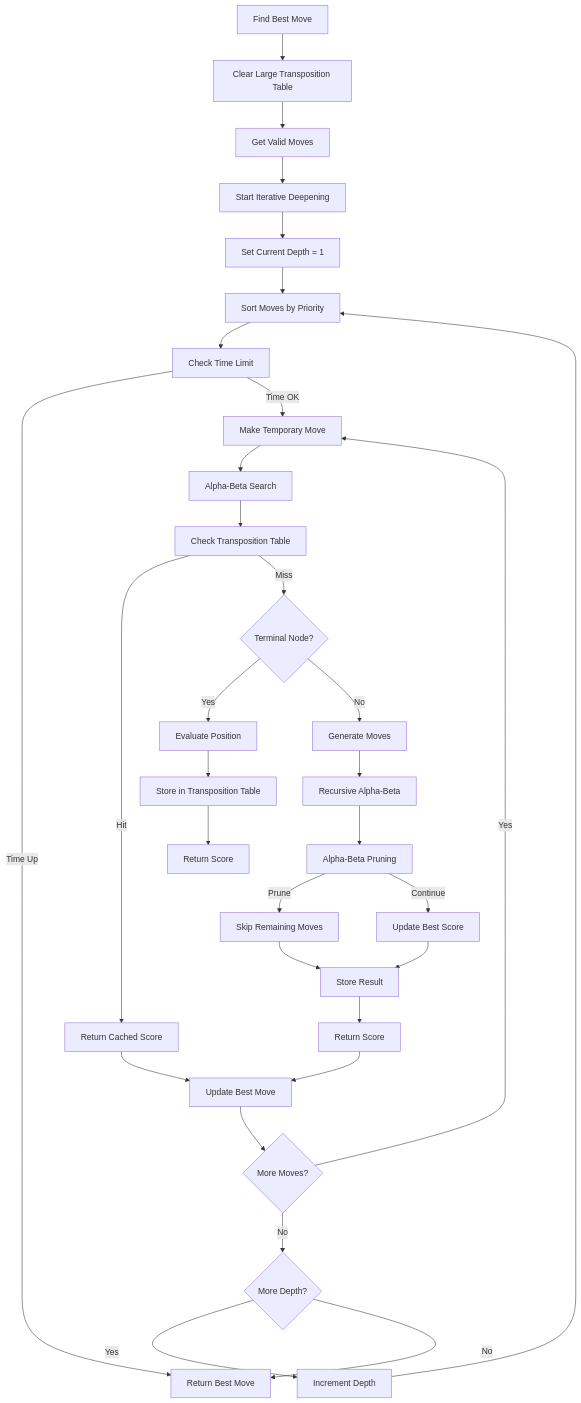
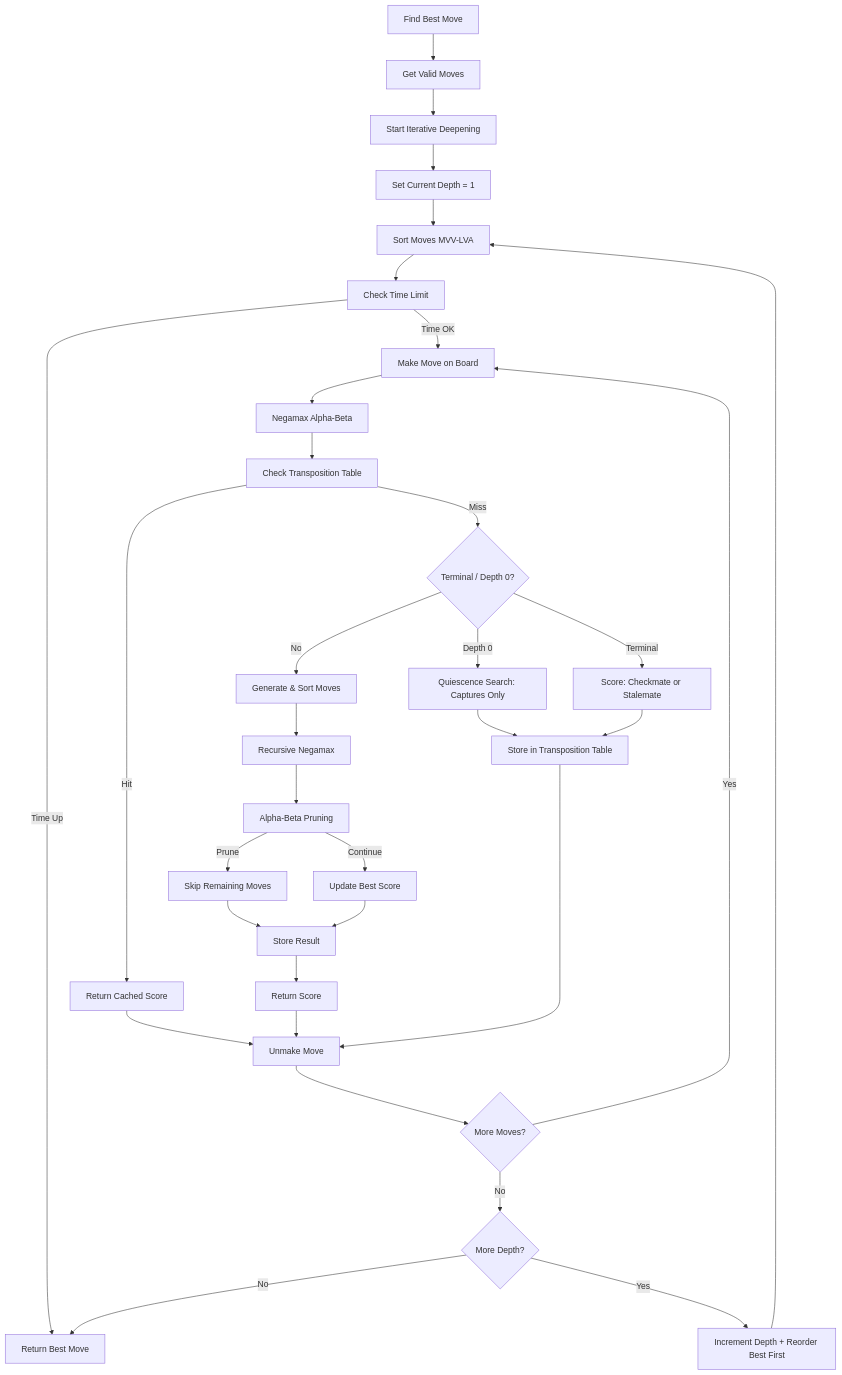
Before and after one commit to MorfidisJ/Chess-Java: the second of 3 diagrams in README.md, drawn with Mermaid. The commit also changed other lines of this file and 7 other files, not shown here.

````diff
--- a/README.md
+++ b/README.md
@@ -86,34 +97,35 @@
 ```mermaid
 flowchart TD
-    A[Find Best Move] --> B[Clear Large Transposition Table]
-    B --> C[Get Valid Moves]
+    A[Find Best Move] --> C[Get Valid Moves]
     C --> D[Start Iterative Deepening]
     D --> E[Set Current Depth = 1]
-    E --> F[Sort Moves by Priority]
+    E --> F[Sort Moves MVV-LVA]
     F --> G[Check Time Limit]
     G -->|Time Up| H[Return Best Move]
-    G -->|Time OK| I[Make Temporary Move]
-    I --> J[Alpha-Beta Search]
+    G -->|Time OK| I[Make Move on Board]
+    I --> J[Negamax Alpha-Beta]
     J --> K[Check Transposition Table]
     K -->|Hit| L[Return Cached Score]
-    K -->|Miss| M{Terminal Node?}
-    M -->|Yes| N[Evaluate Position]
-    M -->|No| O[Generate Moves]
-    N --> P[Store in Transposition Table]
-    P --> Q[Return Score]
-    O --> R[Recursive Alpha-Beta]
+    K -->|Miss| M{Terminal / Depth 0?}
+    M -->|Depth 0| Q[Quiescence Search: Captures Only]
+    M -->|Terminal| N[Score: Checkmate or Stalemate]
+    M -->|No| O[Generate & Sort Moves]
+    Q --> P[Store in Transposition Table]
+    N --> P
+    O --> R[Recursive Negamax]
     R --> S[Alpha-Beta Pruning]
     S -->|Prune| T[Skip Remaining Moves]
     S -->|Continue| U[Update Best Score]
     T --> V[Store Result]
     U --> V
     V --> W[Return Score]
-    L --> X[Update Best Move]
+    L --> X[Unmake Move]
     W --> X
+    P --> X
     X --> Y{More Moves?}
     Y -->|Yes| I
     Y -->|No| Z{More Depth?}
-    Z -->|Yes| AA[Increment Depth]
+    Z -->|Yes| AA[Increment Depth + Reorder Best First]
     AA --> F
     Z -->|No| H
 ```
````
